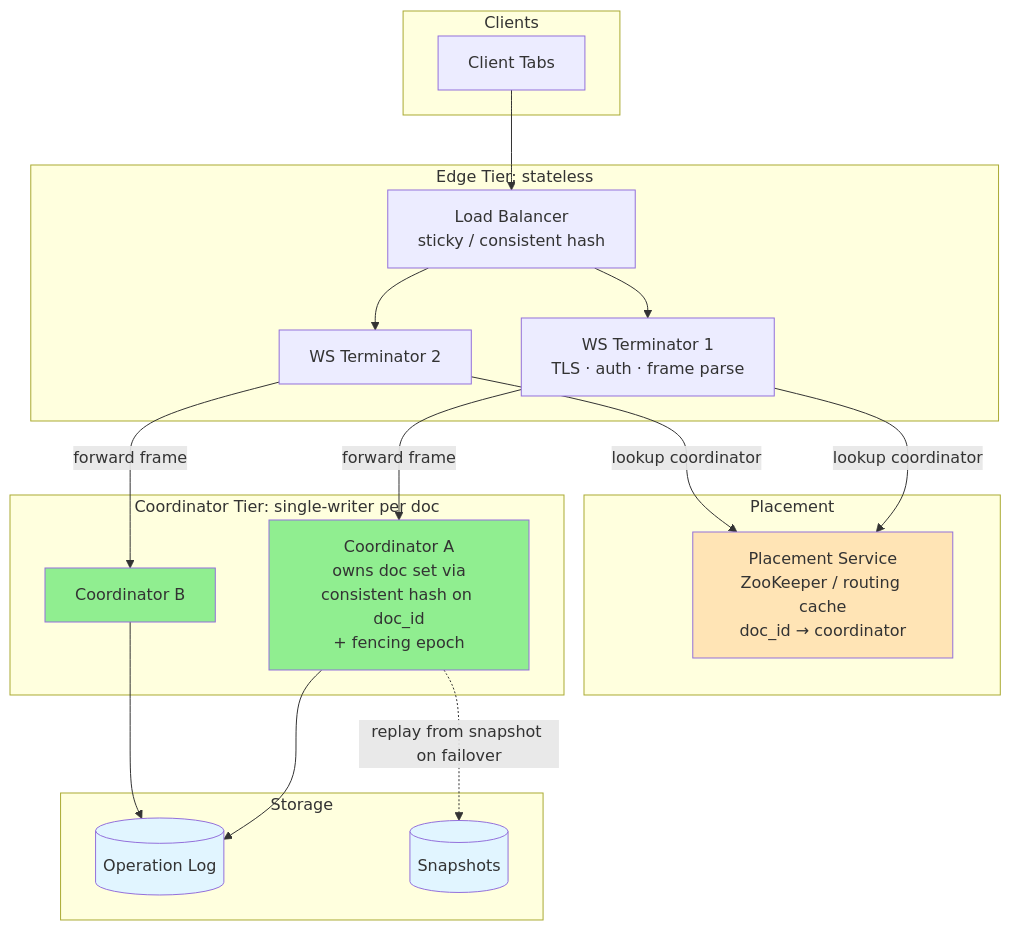
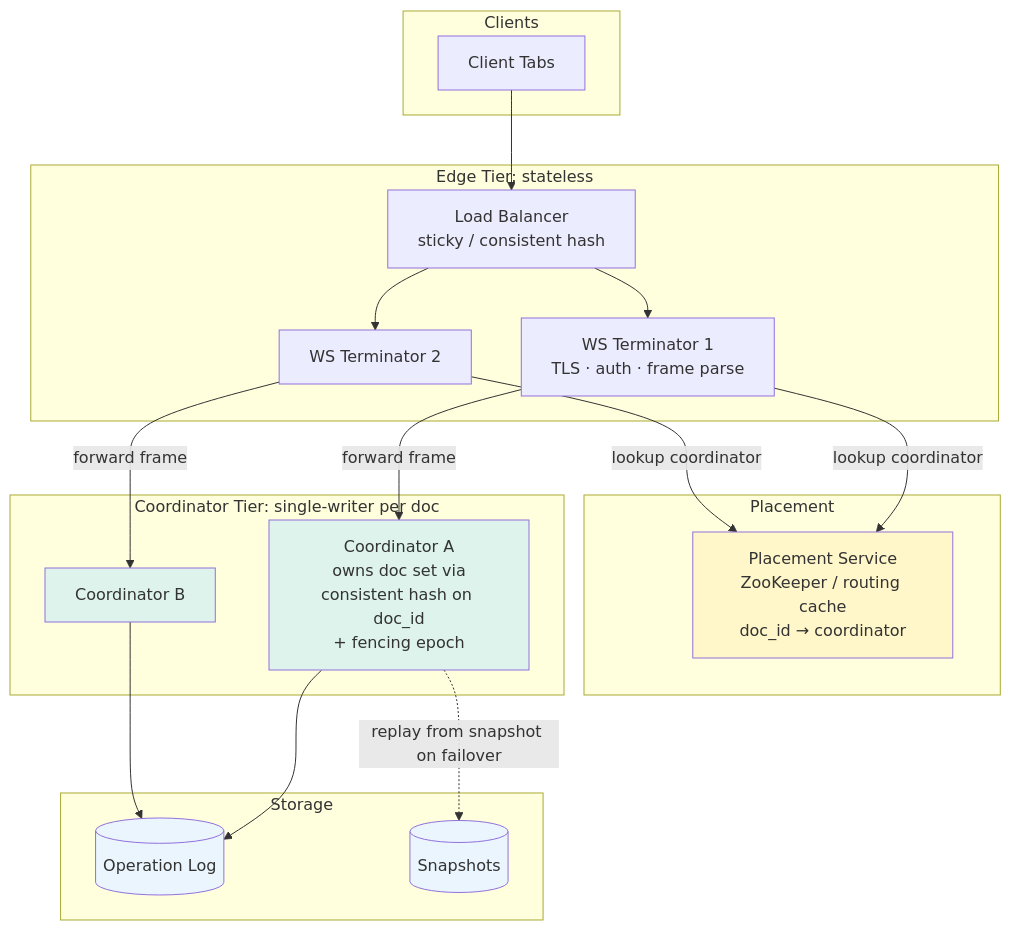
One commit to cartmancodes/InterviewVault changed the fifth of 6 diagrams in LLD/questions/Design Google Docs.md. Above: the diagram before and after it, drawn with Mermaid. The commit also changed other lines of this file and 679 other files, not shown here.

Commit message:
Unify content diagrams and add accessible visual walkthroughs

````diff
--- a/LLD/questions/Design Google Docs.md
+++ b/LLD/questions/Design Google Docs.md
@@ -347,43 +347,43 @@
 ```mermaid
 graph TB
     subgraph "Clients"
         CL[Client Tabs]
     end
 
     subgraph "Edge Tier: stateless"
         LB[Load Balancer<br/>sticky / consistent hash]
         E1[WS Terminator 1<br/>TLS · auth · frame parse]
         E2[WS Terminator 2]
     end
 
     subgraph "Placement"
         ZK[Placement Service<br/>ZooKeeper / routing cache<br/>doc_id → coordinator]
     end
 
     subgraph "Coordinator Tier: single-writer per doc"
         CO1[Coordinator A<br/>owns doc set via<br/>consistent hash on doc_id<br/>+ fencing epoch]
         CO2[Coordinator B]
     end
 
     subgraph "Storage"
         LOG[(Operation Log)]
         SNAP[(Snapshots)]
     end
 
     CL --> LB
     LB --> E1
     LB --> E2
     E1 -->|lookup coordinator| ZK
     E2 -->|lookup coordinator| ZK
     E1 -->|forward frame| CO1
     E2 -->|forward frame| CO2
     CO1 --> LOG
     CO2 --> LOG
     CO1 -.replay from snapshot on failover.-> SNAP
 
-    style CO1 fill:#90EE90
-    style CO2 fill:#90EE90
-    style ZK fill:#FFE4B5
-    style LOG fill:#e1f5ff
-    style SNAP fill:#e1f5ff
+    style CO1 fill:#DDF3EC
+    style CO2 fill:#DDF3EC
+    style ZK fill:#FFF6C9
+    style LOG fill:#EAF5FD
+    style SNAP fill:#EAF5FD
 ```
````
